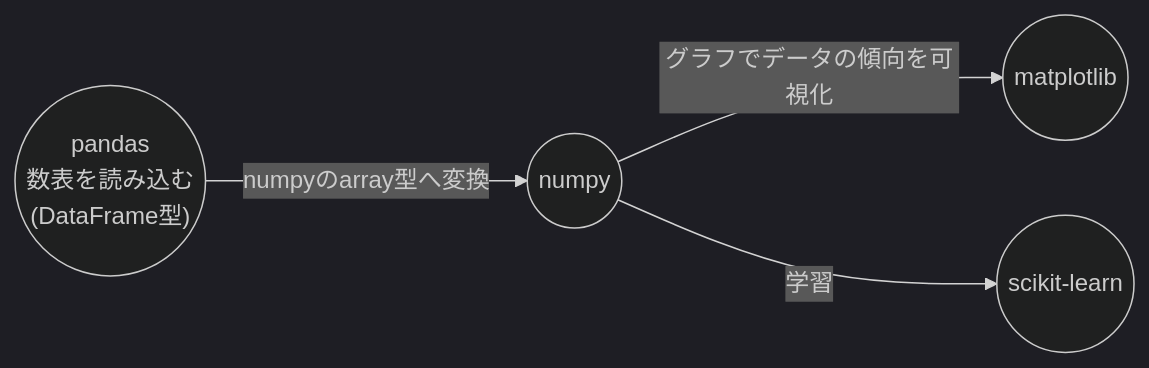
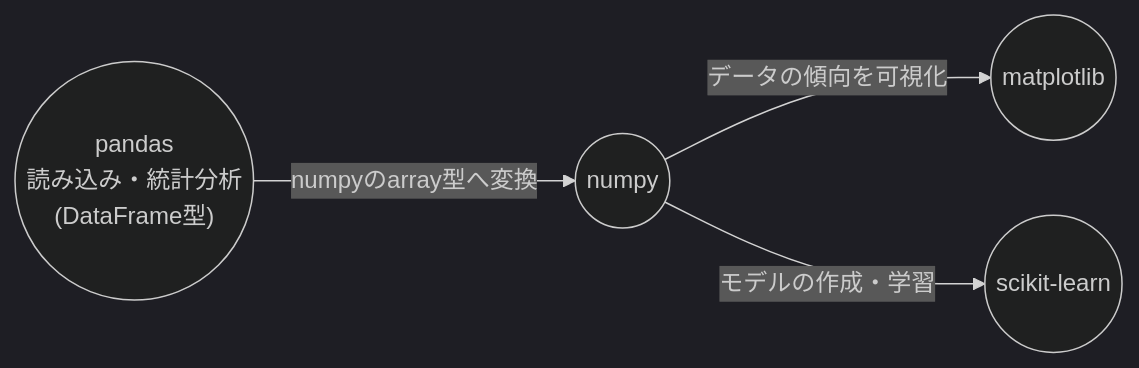
Before and after one commit to FukeKazki/boilerplate: the diagram in source/2020-03-15.md, drawn with Mermaid (dark theme). The commit also changed other lines of this file, not shown here.

````diff
--- a/source/2020-03-15.md
+++ b/source/2020-03-15.md
@@ -23,6 +23,6 @@
 ```mermaid,autorun
 graph LR
-    id1(("pandas<br/>数表を読み込む<br/>(DataFrame型)")) -->|numpyのarray型へ変換| id2((numpy))
-    id2 -->|グラフでデータの傾向を可視化| id3((matplotlib))
-    id2 -->|学習| id4((scikit-learn))
+    id1(("pandas<br/>読み込み・統計分析<br/>(DataFrame型)")) -->|numpyのarray型へ変換| id2((numpy))
+    id2 -->|データの傾向を可視化| id3((matplotlib))
+    id2 -->|モデルの作成・学習| id4((scikit-learn))
 ```
````
